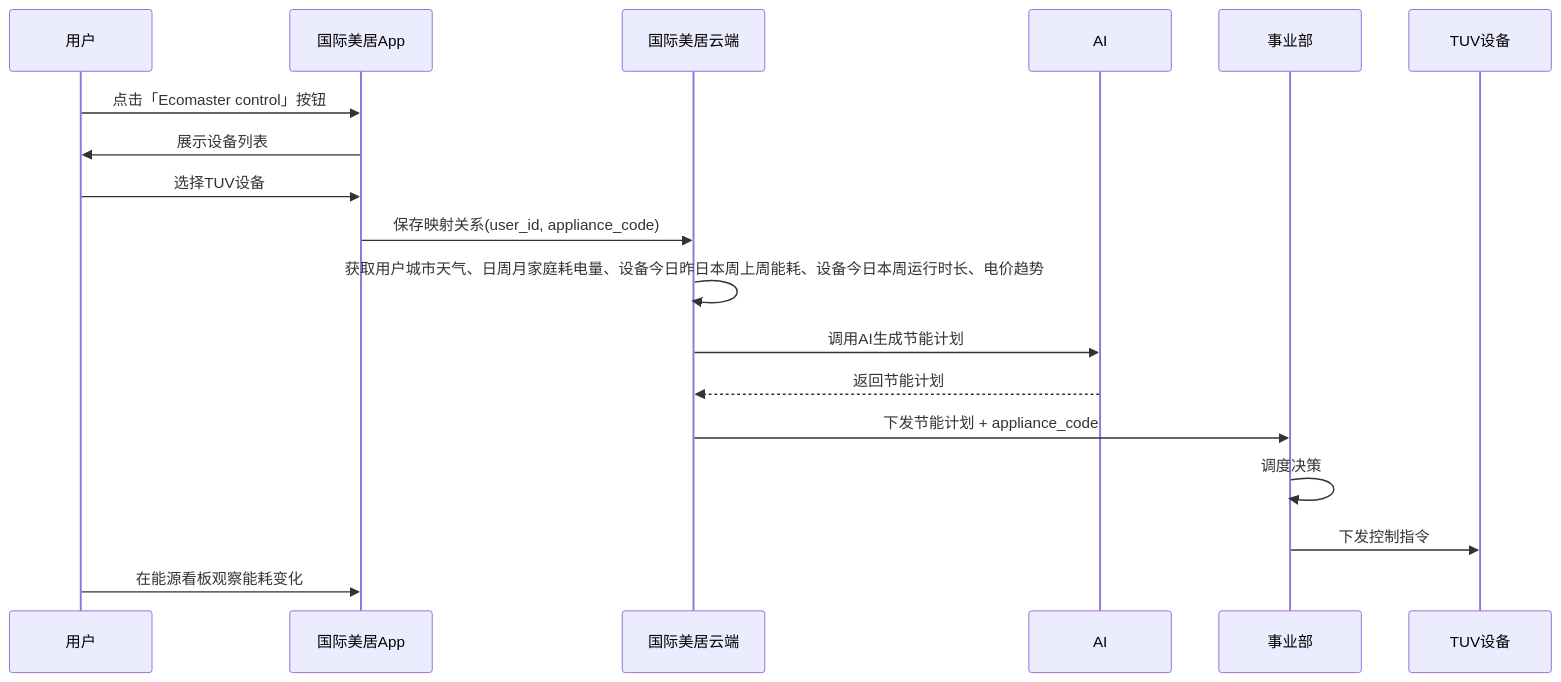
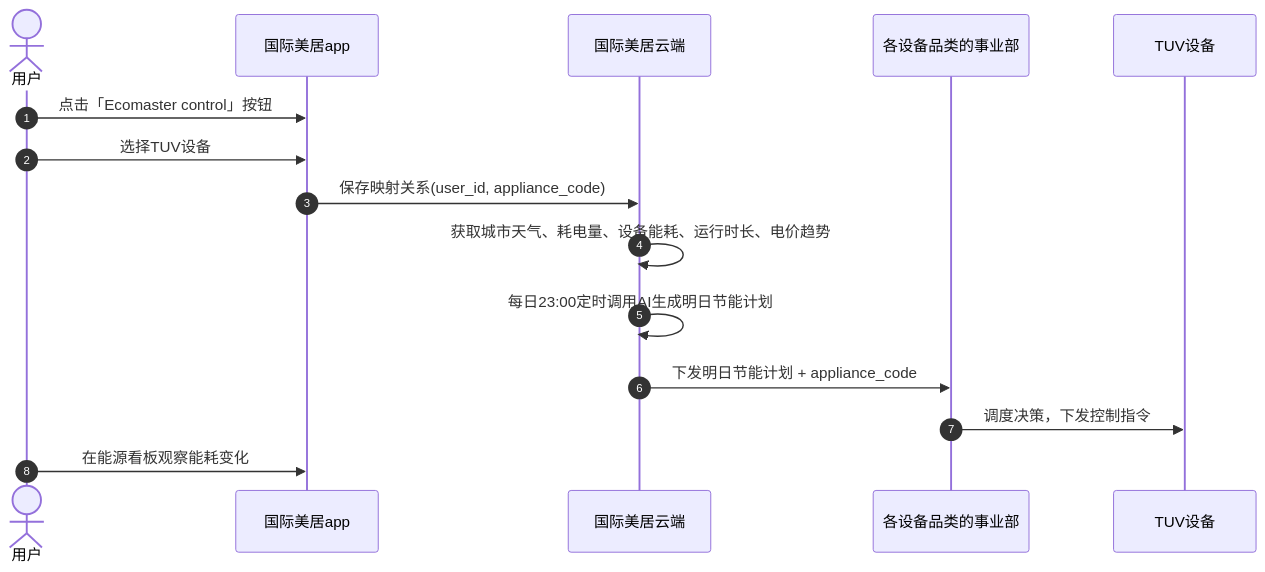
The diagram in all/未命名-19.md (ixiaoyang8/iodraw-files), drawn with Mermaid before and after one commit.

Commit message:
2026-09-16 11:40:20 update

````diff
--- a/all/未命名-19.md
+++ b/all/未命名-19.md
@@ -1,22 +1,19 @@
 ```mermaid
 sequenceDiagram
-    participant U as 用户
-    participant App as 国际美居App
+    autonumber
+    actor User as 用户
+    participant App as 国际美居app
     participant Cloud as 国际美居云端
-    participant AI as AI
-    participant BU as 事业部
-    participant Dev as TUV设备
+    participant BU as 各设备品类的事业部
+    participant Device as TUV设备
 
-    U->>App: 点击「Ecomaster control」按钮
-    App->>U: 展示设备列表
-    U->>App: 选择TUV设备
+    User->>App: 点击「Ecomaster control」按钮
+    User->>App: 选择TUV设备
     App->>Cloud: 保存映射关系(user_id, appliance_code)
-    Cloud->>Cloud: 获取用户城市天气、日周月家庭耗电量、设备今日昨日本周上周能耗、设备今日本周运行时长、电价趋势
-    Cloud->>AI: 调用AI生成节能计划
-    AI-->>Cloud: 返回节能计划
-    Cloud->>BU: 下发节能计划 + appliance_code
-    BU->>BU: 调度决策
-    BU->>Dev: 下发控制指令
-    U->>App: 在能源看板观察能耗变化
+    Cloud->>Cloud: 获取城市天气、耗电量、设备能耗、运行时长、电价趋势
+    Cloud->>Cloud: 每日23:00定时调用AI生成明日节能计划
+    Cloud->>BU: 下发明日节能计划 + appliance_code
+    BU->>Device: 调度决策，下发控制指令
+    User->>App: 在能源看板观察能耗变化
 
 ```
````
